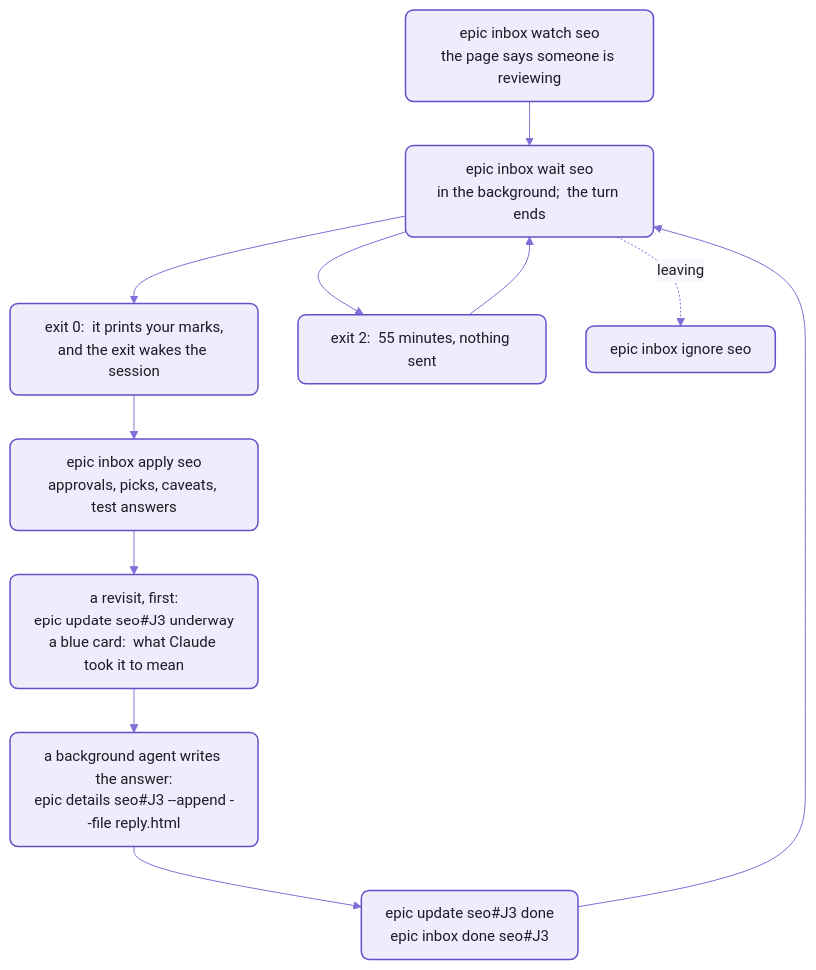
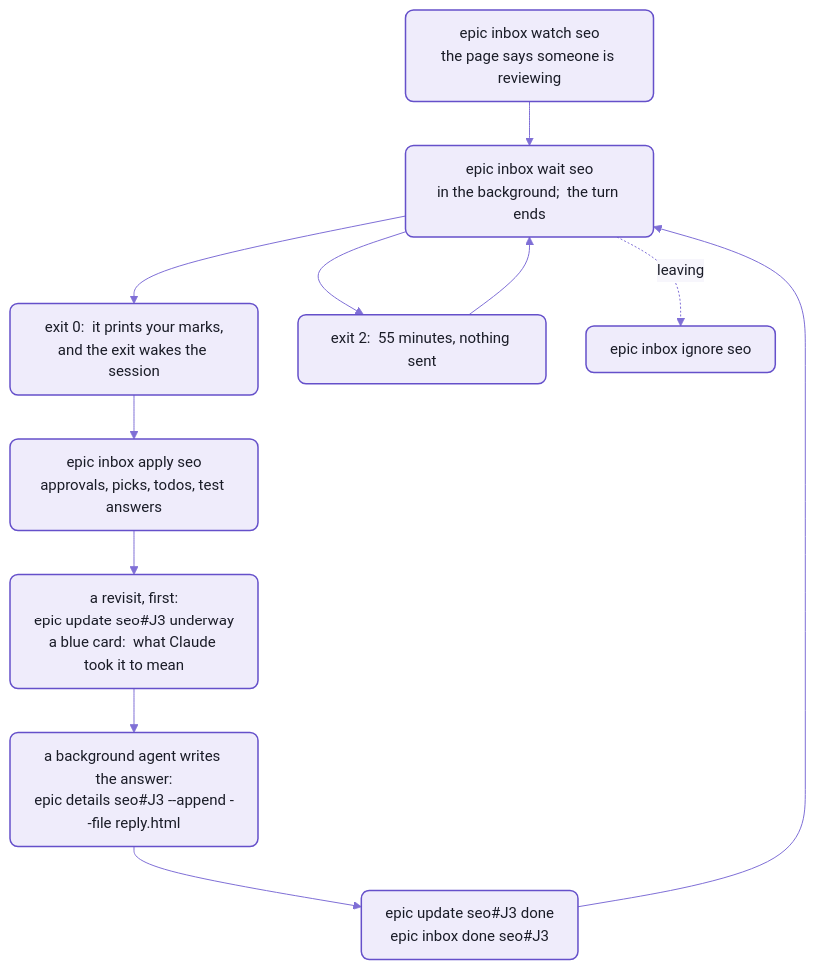
One commit to spell-app/spell changed the first of 2 diagrams in epic/README-cli.md. Above: the diagram before and after it, drawn with Mermaid. The commit also changed other lines of this file and 136 other files, not shown here.

````diff
--- a/epic/README-cli.md
+++ b/epic/README-cli.md
@@ -176,19 +176,19 @@
 ```mermaid
 %%{init: {"theme":"base","themeVariables":{"fontFamily":"-apple-system, BlinkMacSystemFont, Segoe UI, Helvetica, Arial, sans-serif","fontSize":"15px","primaryColor":"#EFECFB","primaryBorderColor":"#6550CA","primaryTextColor":"#1A1C27","secondaryColor":"#F4F1E9","tertiaryColor":"#F7F6FC","lineColor":"#7F6FD6","textColor":"#7F6FD6","clusterBkg":"#F7F6FC","clusterBorder":"#B9B0E8","titleColor":"#1A1C27","edgeLabelBackground":"#F7F6FC","actorBkg":"#EFECFB","actorBorder":"#6550CA","actorTextColor":"#1A1C27","actorLineColor":"#9C90DE","signalColor":"#7F6FD6","signalTextColor":"#7F6FD6","labelBoxBkgColor":"#EFECFB","labelBoxBorderColor":"#6550CA","labelTextColor":"#1A1C27","loopTextColor":"#7F6FD6","noteBkgColor":"#F1E7D4","noteBorderColor":"#C9B48A","noteTextColor":"#1A1C27","activationBkgColor":"#DCD6F7","activationBorderColor":"#6550CA","sequenceNumberColor":"#FFFFFF"},"flowchart":{"curve":"basis","padding":12,"nodeSpacing":40,"rankSpacing":44}}}%%
 flowchart TD
   watch["epic inbox watch seo<br/>the page says someone is reviewing"]
   wait["epic inbox wait seo<br/>in the background;  the turn ends"]
   work["exit 0:  it prints your marks,<br/>and the exit wakes the session"]
-  apply["epic inbox apply seo<br/>approvals, picks, caveats, test answers"]
+  apply["epic inbox apply seo<br/>approvals, picks, todos, test answers"]
   underway["a revisit, first:<br/>epic update seo#J3 underway<br/>a blue card:  what Claude took it to mean"]
   agent["a background agent writes the answer:<br/>epic details seo#J3 --append --file reply.html"]
   done["epic update seo#J3 done<br/>epic inbox done seo#J3"]
   timeout["exit 2:  55 minutes, nothing sent"]
   leave["epic inbox ignore seo"]
   watch --> wait
   wait --> work --> apply --> underway --> agent --> done --> wait
   wait --> timeout --> wait
   wait -. "leaving" .-> leave
   %% the Spell look:  yarn mermaid:pretty
   classDef default fill:#EFECFB,stroke:#6550CA,stroke-width:1.5px,color:#1A1C27,rx:8px,ry:8px
 ```
````
